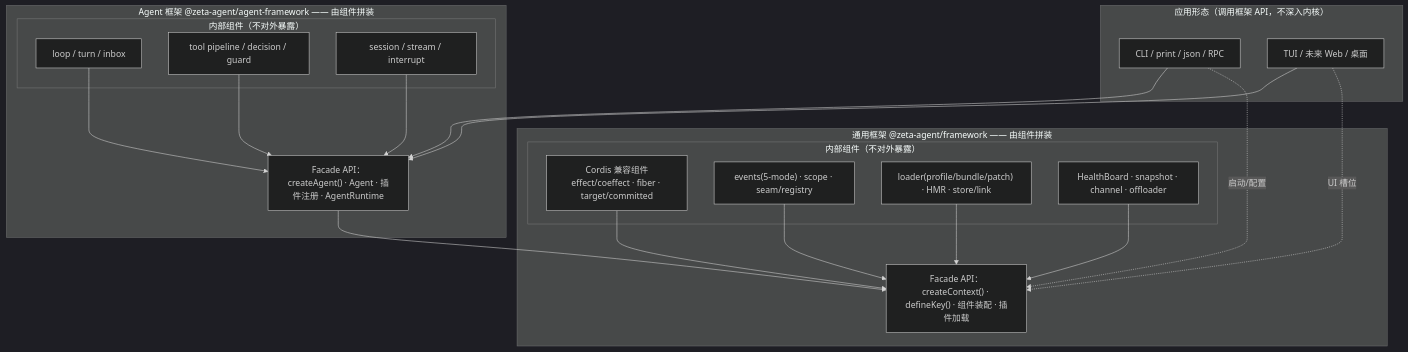
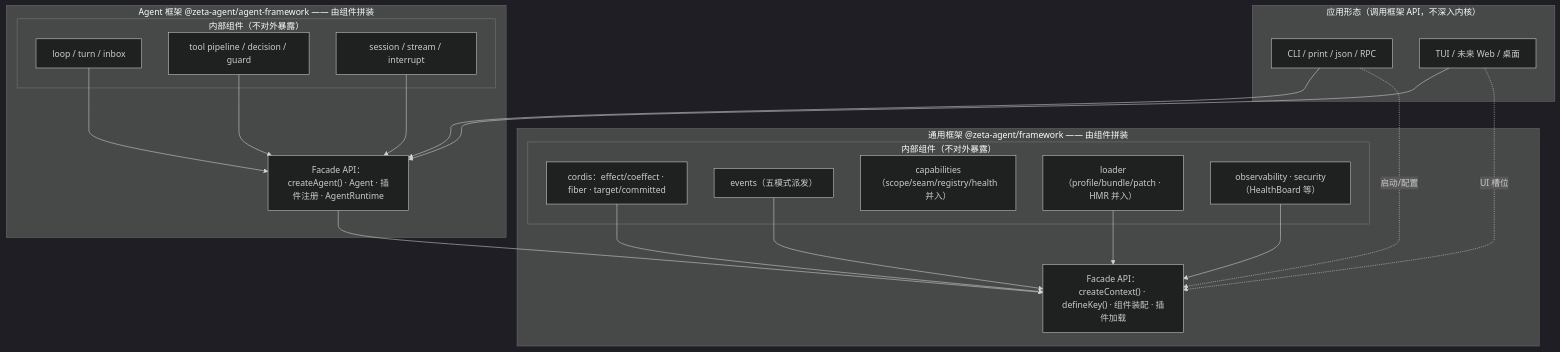
One commit to jesspig/zeta-agent changed the first of 5 diagrams in docs/desgin/architecture/framework-model.md. Above: the diagram before and after it, drawn with Mermaid (dark theme). The commit also changed 2 other files, not shown here.

Commit message:
fix: 复核修复 agent-core 第8条空断言与文档残留包清单
- CHECKS 补 #8（迟到 onUpdate 丢弃 + durationMs 只计 execute），移除 pending 空壳兜底改严格门
- 强化 #6 hook-no-throw（waterfall 安全回退）/ #11 嵌套 hook 不发事件不加消息断言
- framework/overview.md §1 与 framework-model.md 图1 旧包名改为实际 6 组件子包
- 全量 283 pass（expect 996→1009）；check 45/45；0 断链；证据入 evidence/audit-fix/

````diff
--- a/docs/desgin/architecture/framework-model.md
+++ b/docs/desgin/architecture/framework-model.md
@@ -60,34 +60,35 @@
 ```mermaid
 flowchart TB
     subgraph APPS["应用形态（调用框架 API，不深入内核）"]
         CLI["CLI / print / json / RPC"]
         TUI["TUI / 未来 Web / 桌面"]
     end
 
     subgraph AF["Agent 框架 @zeta-agent/agent-framework —— 由组件拼装"]
         subgraph AFC["内部组件（不对外暴露）"]
             AC1["loop / turn / inbox"]
             AC2["tool pipeline / decision / guard"]
             AC3["session / stream / interrupt"]
         end
         AFA["Facade API：createAgent() · Agent · 插件注册 · AgentRuntime"]
     end
 
     subgraph FF["通用框架 @zeta-agent/framework —— 由组件拼装"]
         subgraph FFC["内部组件（不对外暴露）"]
-            CORDIS["Cordis 兼容组件<br/>effect/coeffect · fiber · target/committed"]
-            EV["events(5-mode) · scope · seam/registry"]
-            LD["loader(profile/bundle/patch) · HMR · store/link"]
-            OBS["HealthBoard · snapshot · channel · offloader"]
+            CORDIS["cordis：effect/coeffect · fiber · target/committed"]
+            EV["events（五模式派发）"]
+            CAP["capabilities（scope/seam/registry/health 并入）"]
+            LD["loader（profile/bundle/patch · HMR 并入）"]
+            OBS["observability · security（HealthBoard 等）"]
         end
         FFA["Facade API：createContext() · defineKey() · 组件装配 · 插件加载"]
     end
 
     CLI --> AFA
     TUI --> AFA
     CLI -.->|"启动/配置"| FFA
     TUI -.->|"UI 槽位"| FFA
     AFA --> FFA
     AC1 & AC2 & AC3 --> AFA
     CORDIS & EV & LD & OBS --> FFA
 ```
````
